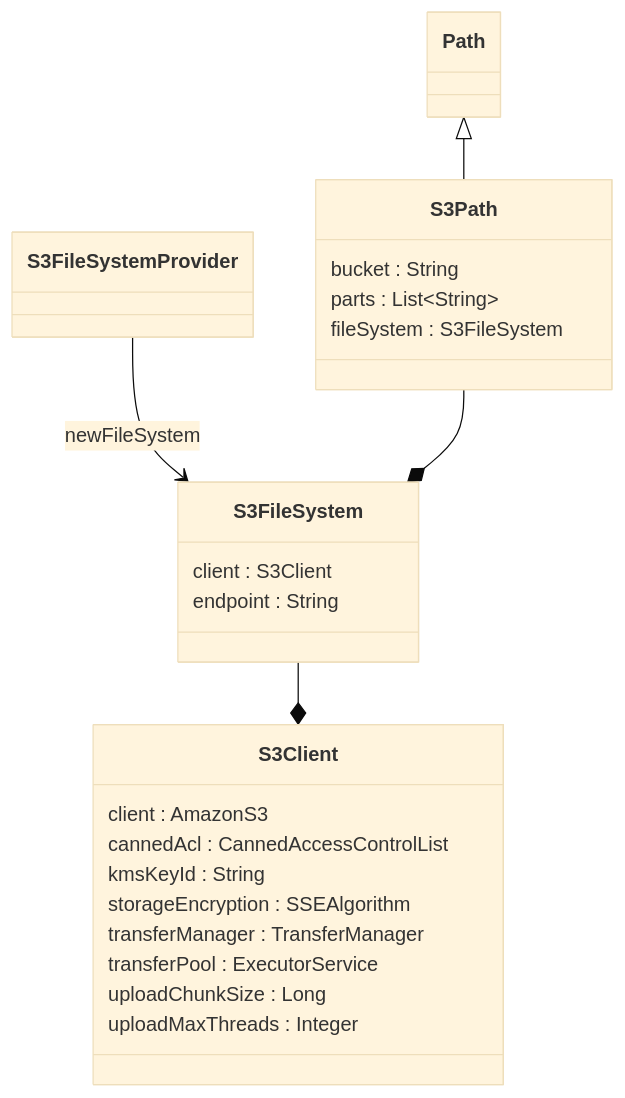
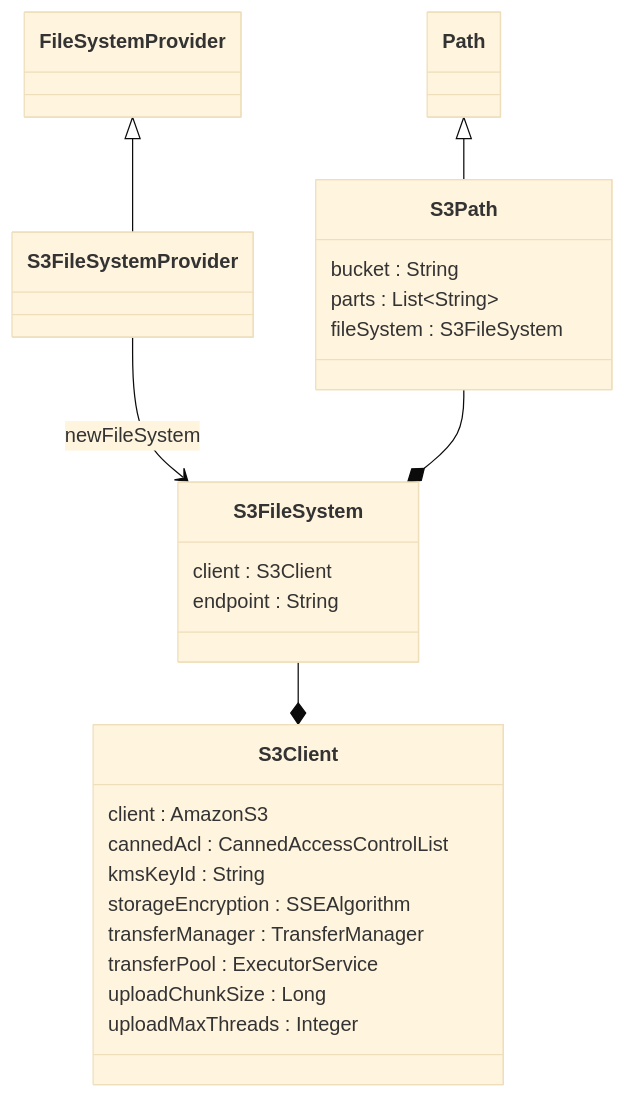
Before and after one commit to nextflow-io/nextflow: the diagram in docs/developer/diagrams/nextflow.cloud.aws.nio.mmd, drawn with Mermaid (base theme). The commit also changed 16 other files, not shown here.

Commit message:
Update developer diagrams

```diff
--- a/docs/developer/diagrams/nextflow.cloud.aws.nio.mmd
+++ b/docs/developer/diagrams/nextflow.cloud.aws.nio.mmd
@@ -1,31 +1,33 @@
 classDiagram
     %%
     %% nextflow.cloud.aws.nio
     %%
+    FileSystemProvider <|-- S3FileSystemProvider
+
     S3FileSystemProvider --> S3FileSystem : newFileSystem
 
     class S3FileSystem {
         client : S3Client
         endpoint : String
     }
     S3FileSystem --* S3Client
 
     class S3Client {
         client : AmazonS3
         cannedAcl : CannedAccessControlList
         kmsKeyId : String
         storageEncryption : SSEAlgorithm
         transferManager : TransferManager
         transferPool : ExecutorService
         uploadChunkSize : Long
         uploadMaxThreads : Integer
     }
 
     Path <|-- S3Path
 
     class S3Path {
         bucket : String
         parts : List~String~
         fileSystem : S3FileSystem
     }
     S3Path --* S3FileSystem
```
